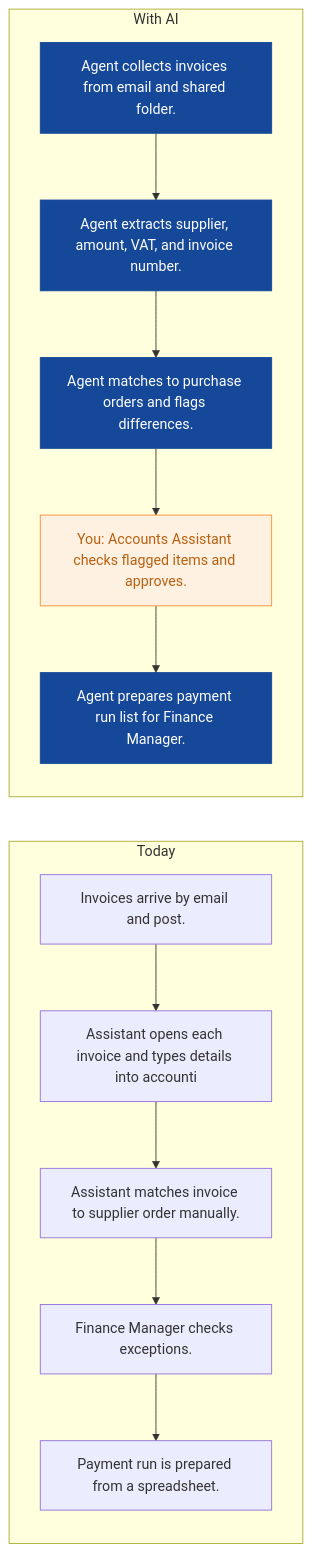
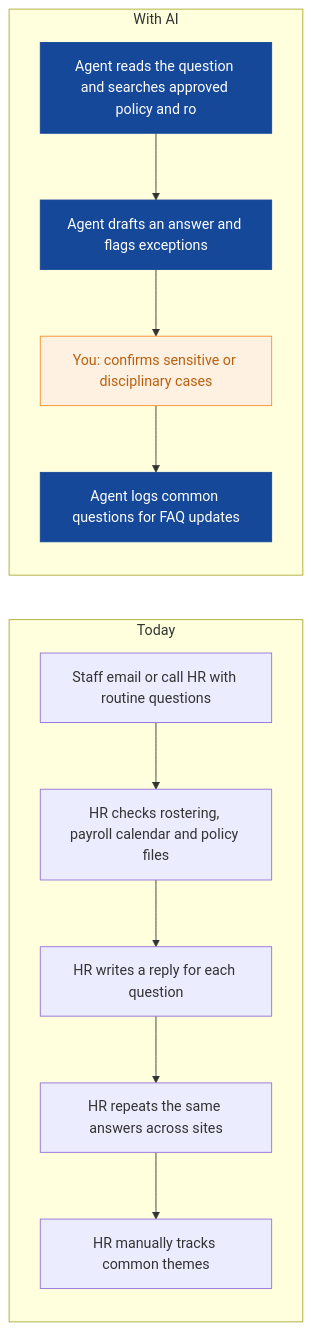
The second of 8 diagrams in strategies/saffron-table-group.md (nexibeo/Complete-AI-Strategy), drawn with Mermaid before and after one commit. The commit also changed other lines of this file and 26 other files, not shown here.

````diff
--- a/strategies/saffron-table-group.md
+++ b/strategies/saffron-table-group.md
@@ -107,23 +81,22 @@
 ```mermaid
 flowchart LR
   subgraph Today
-    B0["Invoices arrive by email and post."]
-    B1["Assistant opens each invoice and types details into accounti"]
-    B2["Assistant matches invoice to supplier order manually."]
-    B3["Finance Manager checks exceptions."]
-    B4["Payment run is prepared from a spreadsheet."]
+    B0["Staff email or call HR with routine questions"]
+    B1["HR checks rostering, payroll calendar and policy files"]
+    B2["HR writes a reply for each question"]
+    B3["HR repeats the same answers across sites"]
+    B4["HR manually tracks common themes"]
     B0 --> B1 --> B2 --> B3 --> B4
   end
   subgraph WithAI[With AI]
-    A0["Agent collects invoices from email and shared folder."]
-    A1["Agent extracts supplier, amount, VAT, and invoice number."]
-    A2["Agent matches to purchase orders and flags differences."]
-    A3["You: Accounts Assistant checks flagged items and approves."]
-    A4["Agent prepares payment run list for Finance Manager."]
-    A0 --> A1 --> A2 --> A3 --> A4
+    A0["Agent reads the question and searches approved policy and ro"]
+    A1["Agent drafts an answer and flags exceptions"]
+    A2["You: confirms sensitive or disciplinary cases"]
+    A3["Agent logs common questions for FAQ updates"]
+    A0 --> A1 --> A2 --> A3
   end
   classDef ai fill:#154899,color:#fff,stroke:#154899
   classDef human fill:#FFF1E2,color:#B8600F,stroke:#F98F2C
-  class A0,A1,A2,A4 ai
-  class A3 human
+  class A0,A1,A3 ai
+  class A2 human
 ```
````
